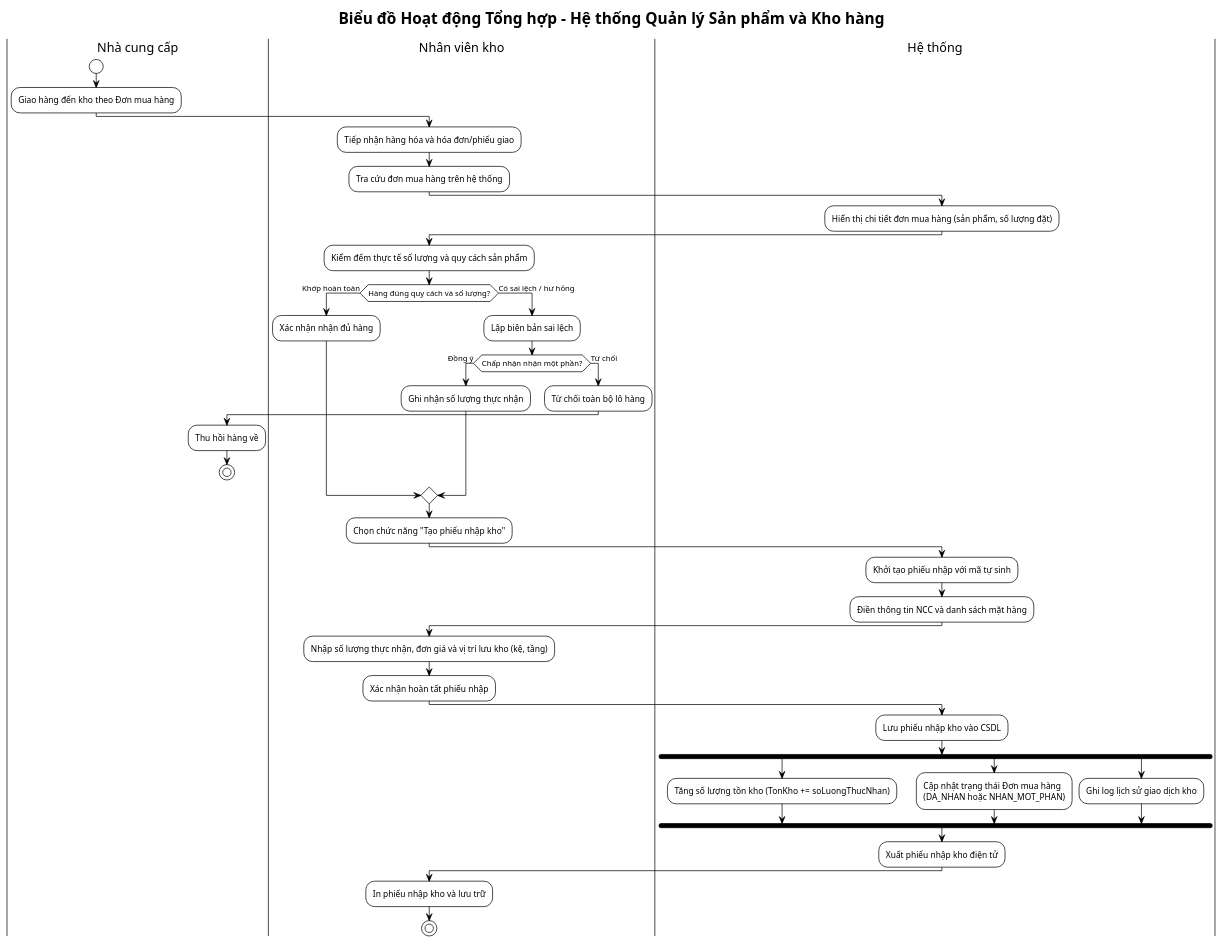
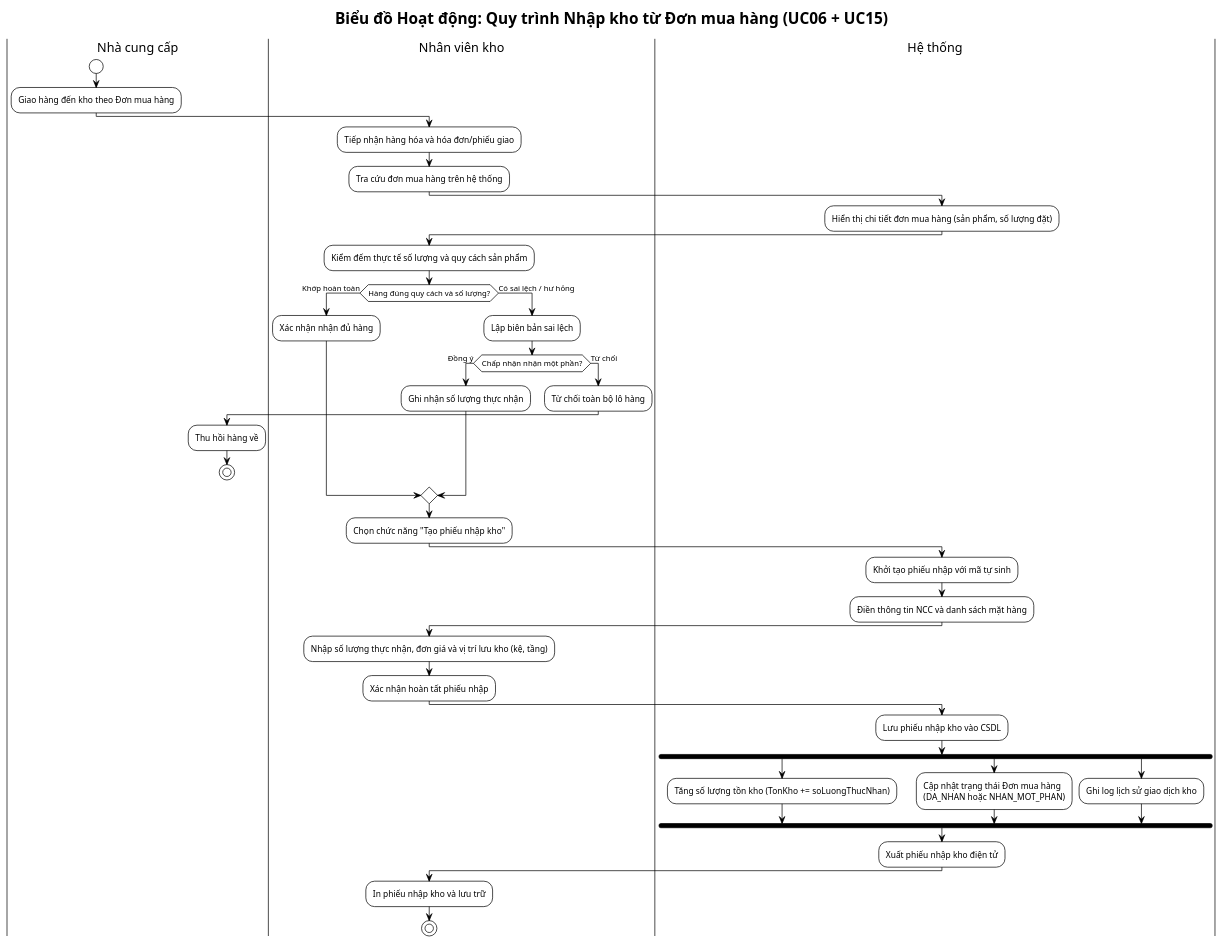
The first of 4 diagrams in BTL-QuanLyKhoHang/plantuml/activity-diagrams.puml (vuhoabinh2416137/G8_Quanlysanphamvakhohang), drawn with PlantUML before and after one commit. The commit also changed other lines of this file and 61 other files, not shown here.

```diff
--- a/BTL-QuanLyKhoHang/plantuml/activity-diagrams.puml
+++ b/BTL-QuanLyKhoHang/plantuml/activity-diagrams.puml
@@ -1,65 +1,61 @@
-@startuml activity-quy-trinh-tong-hop
+@startuml activity-nhap-kho
 !theme plain
-title Biểu đồ Hoạt động Tổng hợp - Hệ thống Quản lý Sản phẩm và Kho hàng
+skinparam defaultFontName "Arial"
+title Biểu đồ Hoạt động: Quy trình Nhập kho từ Đơn mua hàng (UC06 + UC15)
 
-' ==============================================================================
-' 1. QUY TRÌNH NHẬP KHO TỪ ĐƠN MUA HÀNG (UC06 + UC15)
 ' ==============================================================================
 |Nhà cung cấp|
 start
 :Giao hàng đến kho theo Đơn mua hàng;
 
 |Nhân viên kho|
 :Tiếp nhận hàng hóa và hóa đơn/phiếu giao;
 :Tra cứu đơn mua hàng trên hệ thống;
 
 |Hệ thống|
 :Hiển thị chi tiết đơn mua hàng (sản phẩm, số lượng đặt);
 
 |Nhân viên kho|
 :Kiểm đếm thực tế số lượng và quy cách sản phẩm;
 
 if (Hàng đúng quy cách và số lượng?) then (Khớp hoàn toàn)
     :Xác nhận nhận đủ hàng;
 else (Có sai lệch / hư hỏng)
     :Lập biên bản sai lệch;
     if (Chấp nhận nhận một phần?) then (Đồng ý)
         :Ghi nhận số lượng thực nhận;
     else (Từ chối)
         :Từ chối toàn bộ lô hàng;
         |Nhà cung cấp|
         :Thu hồi hàng về;
         stop
     endif
 endif
 
 |Nhân viên kho|
 :Chọn chức năng "Tạo phiếu nhập kho";
 
 |Hệ thống|
 :Khởi tạo phiếu nhập với mã tự sinh;
 :Điền thông tin NCC và danh sách mặt hàng;
 
 |Nhân viên kho|
 :Nhập số lượng thực nhận, đơn giá và vị trí lưu kho (kệ, tầng);
 :Xác nhận hoàn tất phiếu nhập;
 
 |Hệ thống|
 :Lưu phiếu nhập kho vào CSDL;
 fork
     :Tăng số lượng tồn kho (TonKho += soLuongThucNhan);
 fork again
     :Cập nhật trạng thái Đơn mua hàng\n(DA_NHAN hoặc NHAN_MOT_PHAN);
 fork again
     :Ghi log lịch sử giao dịch kho;
 end fork
 
 :Xuất phiếu nhập kho điện tử;
 |Nhân viên kho|
 :In phiếu nhập kho và lưu trữ;
 stop
 
-' ==============================================================================
-' 2. QUY TRÌNH BÁN HÀNG VÀ XUẤT KHO (UC17 + UC18 + UC07)
-' ==============================================================================
 @enduml
```
